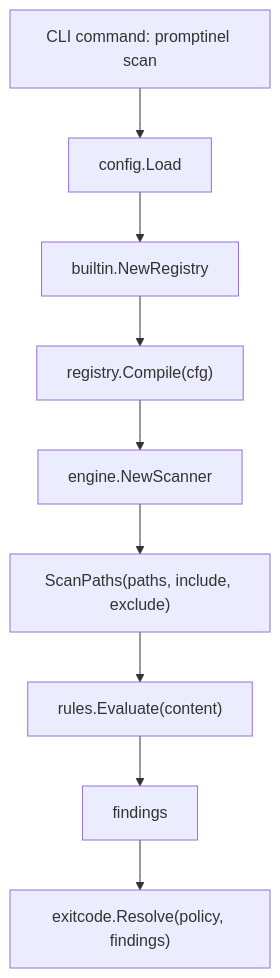
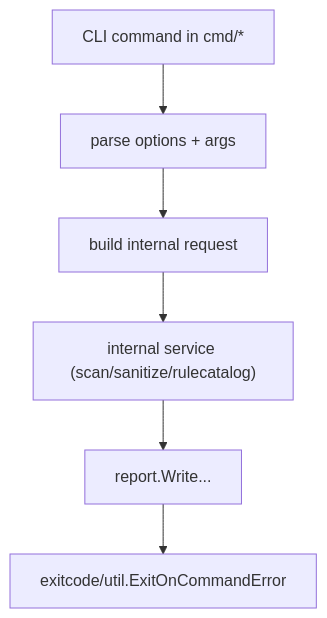
The first of 2 diagrams in docs/Architecture.md (CunningFatalist/promptinel), drawn with Mermaid before and after one commit. The commit also changed other lines of this file and 23 other files, not shown here.

````diff
--- a/docs/Architecture.md
+++ b/docs/Architecture.md
@@ -11,11 +11,8 @@
 ```mermaid
 flowchart TD
-    A["CLI command: promptinel scan"] --> B["config.Load"]
-    B --> C["builtin.NewRegistry"]
-    C --> D["registry.Compile(cfg)"]
-    D --> E["engine.NewScanner"]
-    E --> F["ScanPaths(paths, include, exclude)"]
-    F --> G["rules.Evaluate(content)"]
-    G --> H["findings"]
-    H --> I["exitcode.Resolve(policy, findings)"]
+    A["CLI command in cmd/*"] --> B["parse options + args"]
+    B --> C["build internal request"]
+    C --> D["internal service (scan/sanitize/rulecatalog)"]
+    D --> E["report.Write..."]
+    E --> F["exitcode/util.ExitOnCommandError"]
 ```
````
